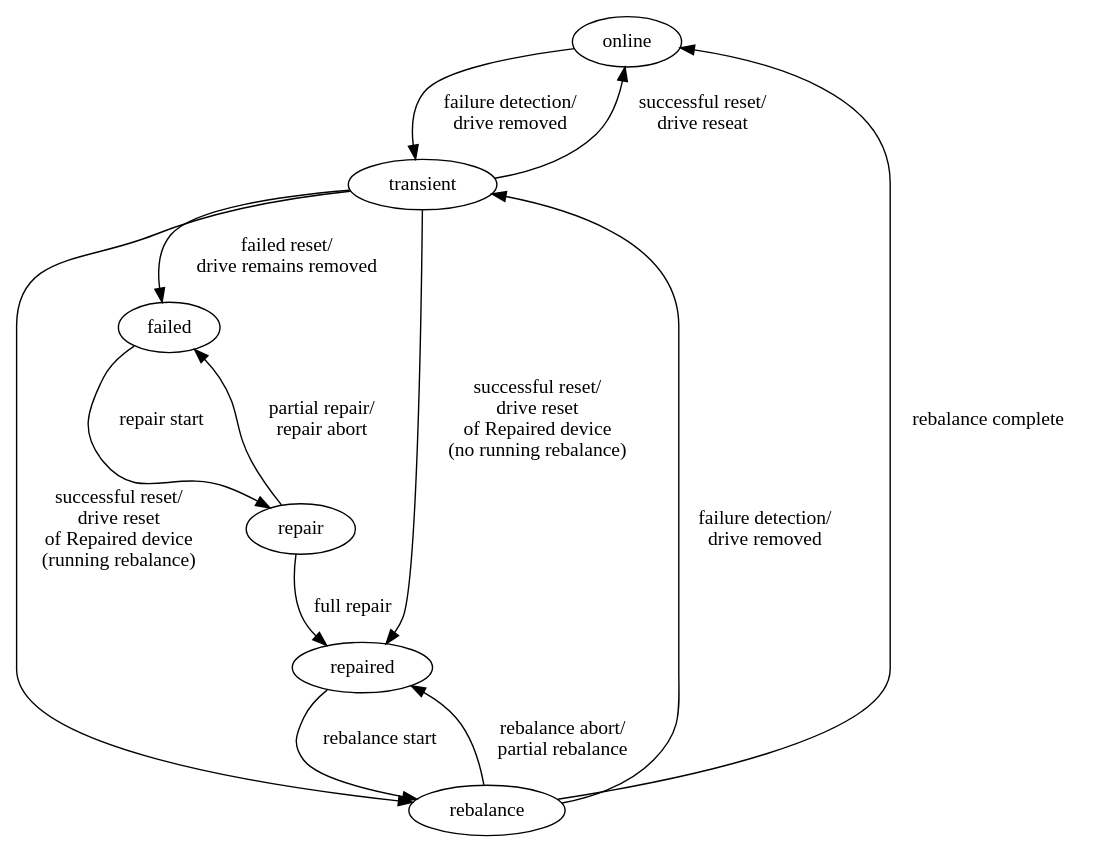
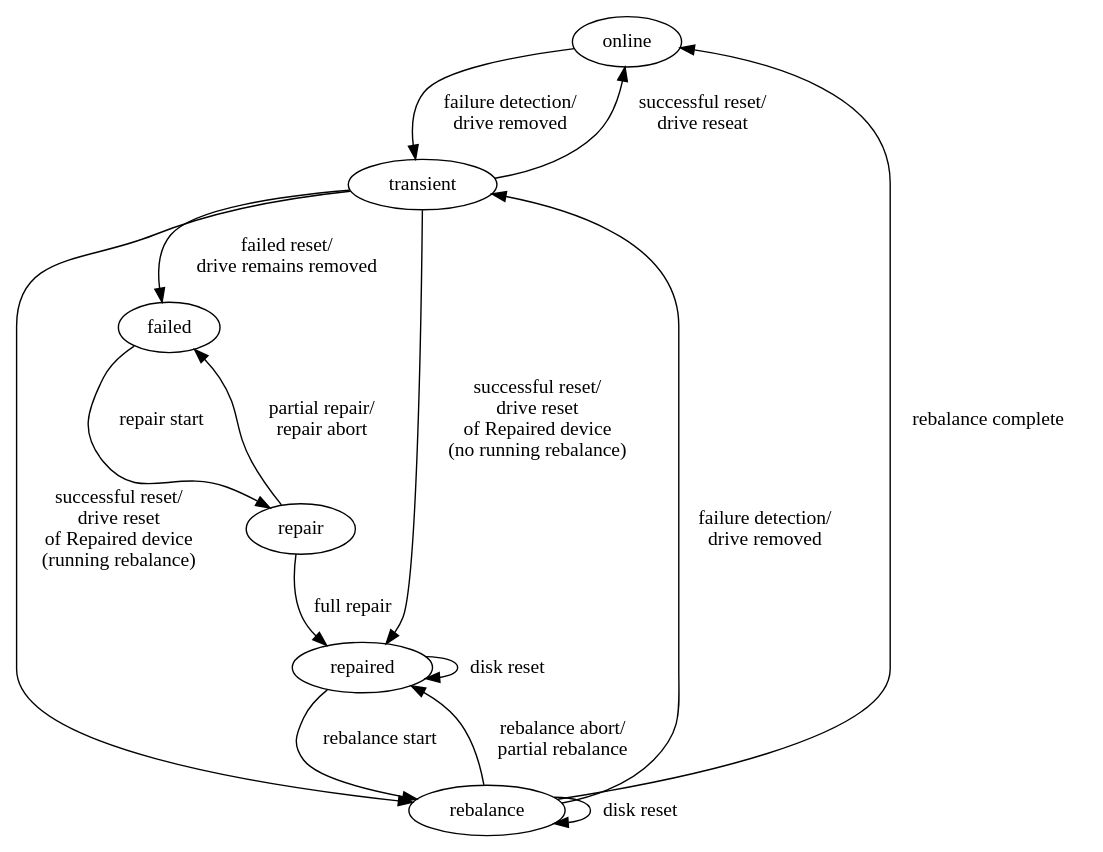
One commit to Seagate/halon changed the diagram in mero-halon/doc/diagrams/sdev-state-transitions.dot. Above: the diagram before and after it, drawn with Graphviz. The commit also changed 6 other files, not shown here.

First line of the commit message:
HALON-625: Ensure repaired/rebalancing persists through reset

```diff
--- a/mero-halon/doc/diagrams/sdev-state-transitions.dot
+++ b/mero-halon/doc/diagrams/sdev-state-transitions.dot
@@ -1,35 +1,39 @@
 digraph {
     splines=true;
     node[shape=ellipse];
     online;
     transient;
     repair;
     rebalance;
     
     edge[label="failure detection/\ndrive removed"];
     online -> transient;
     edge[label="successful reset/\ndrive reseat"];
     transient -> online;
     edge[label="failed reset/\ndrive remains removed"];
     transient -> failed;
     edge[label="successful reset/\ndrive reset\n of Repaired device\n (no running rebalance)"];
     transient -> repaired;
     edge[label="successful reset/\ndrive reset\n of Repaired device\n (running rebalance)"];
     transient -> rebalance;
 
     edge[label="repair start"];
     failed -> repair;
     edge[label="full repair"];
     repair -> repaired;
     edge[label="partial repair/\nrepair abort"];
     repair -> failed;
 
     edge[label="rebalance start"];
     repaired -> rebalance;
     edge[label="rebalance complete"];
     rebalance -> online;
     edge[label="rebalance abort/\npartial rebalance"];
-    rebalance->repaired;
+    rebalance -> repaired;
+    edge[label="disk reset"];
+    repaired -> repaired;
     edge[label="failure detection/\ndrive removed"];
     rebalance -> transient;
+    edge[label="disk reset"];
+    rebalance -> rebalance;
 }
```
